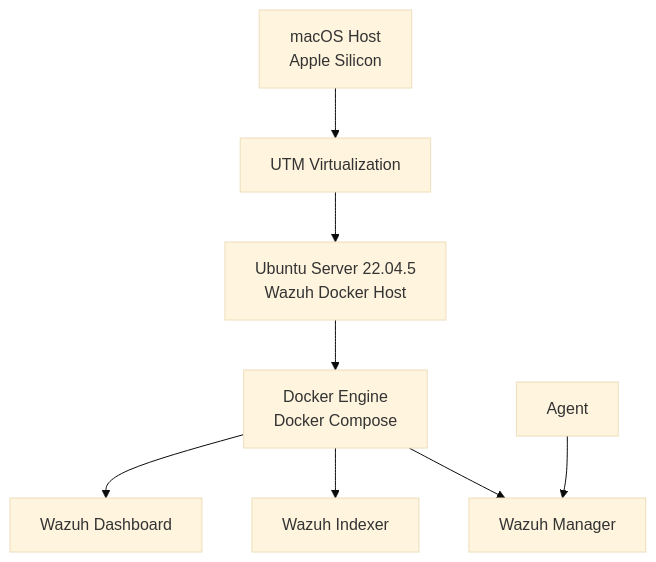
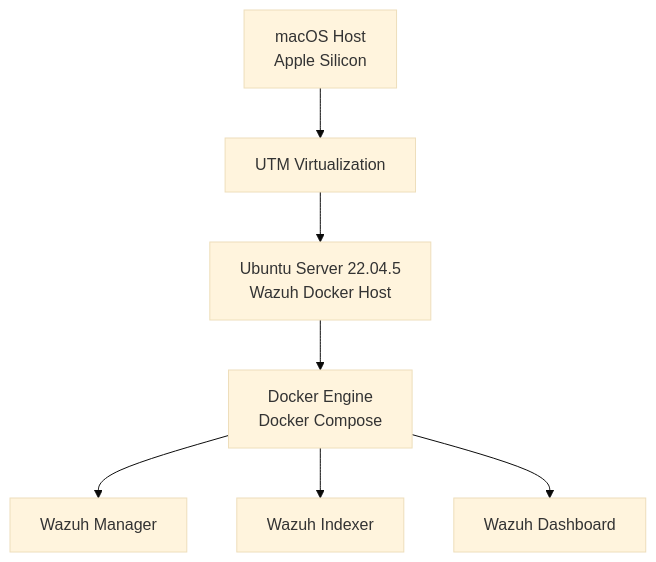
Before and after one commit to MiguelStattmiller/Wazuh-UTM-Deployment: the diagram in README.md, drawn with Mermaid (base theme).

````diff
--- a/README.md
+++ b/README.md
@@ -26,28 +26,27 @@
 ```mermaid
 flowchart TD
 
     Host["macOS Host<br/>Apple Silicon"]
 
     UTM["UTM Virtualization"]
 
     Ubuntu["Ubuntu Server 22.04.5<br/>Wazuh Docker Host"]
 
     Docker["Docker Engine<br/>Docker Compose"]
 
     Manager["Wazuh Manager"]
 
     Indexer["Wazuh Indexer"]
 
     Dashboard["Wazuh Dashboard"]
 
 
     Host --> UTM
     UTM --> Ubuntu
     Ubuntu --> Docker
 
     Docker --> Manager
     Docker --> Indexer
     Docker --> Dashboard
 
-    Agent --> Manager
 ```
````
